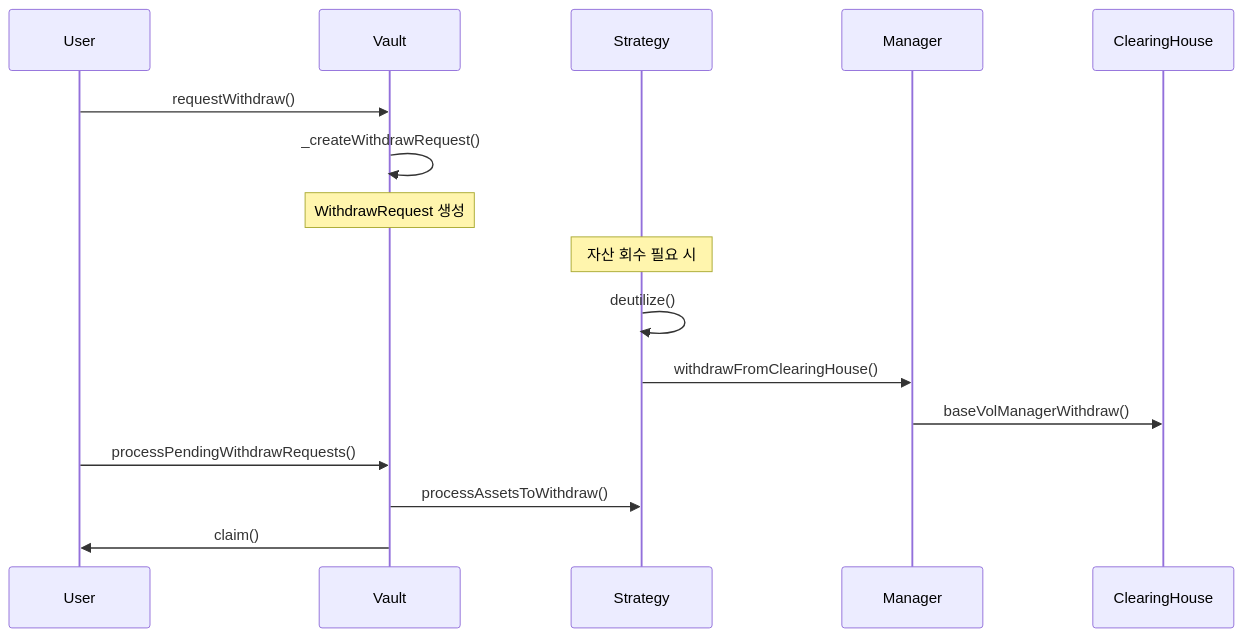
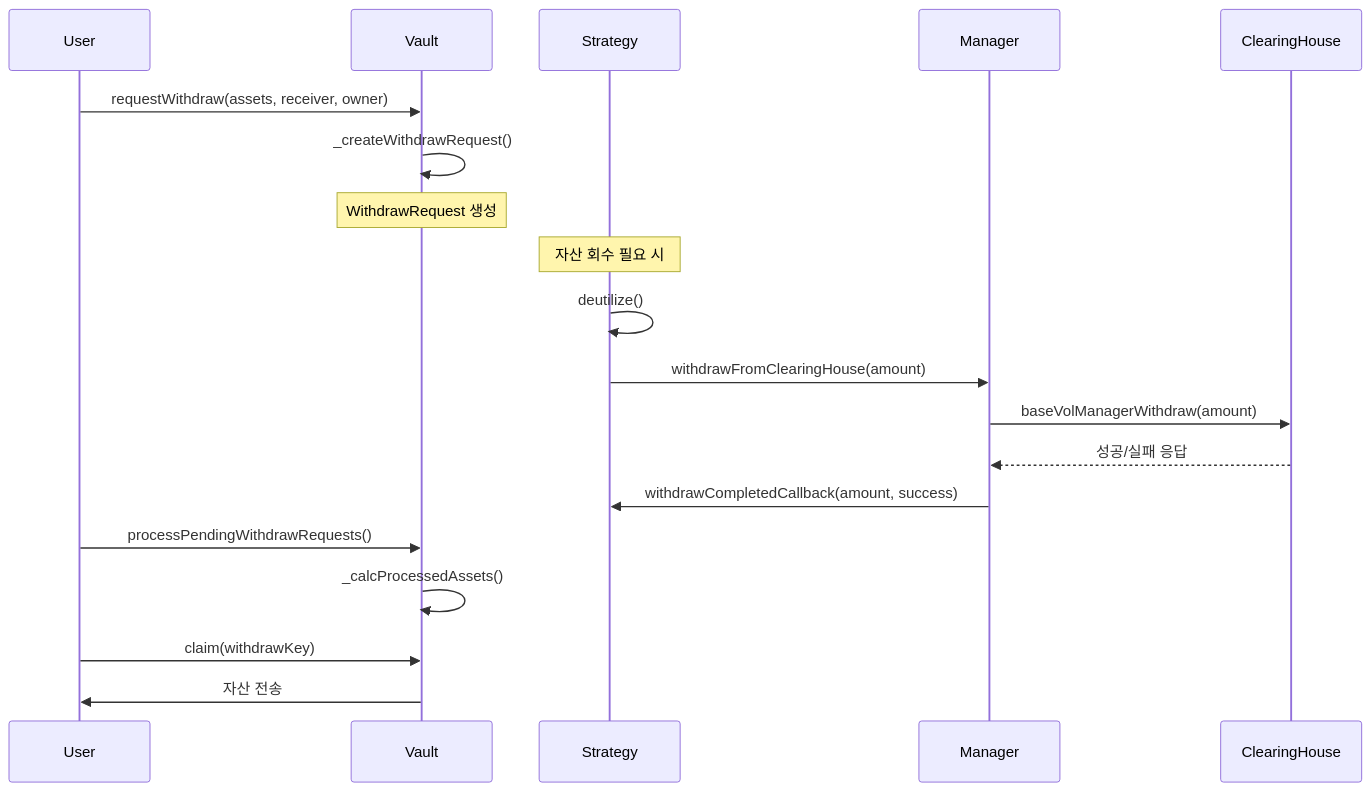
Before and after one commit to stvol-official/basevol-contract: the fifth of 8 diagrams in contracts/core/vault/genesisvault.md, drawn with Mermaid. The commit also changed other lines of this file and 26 other files, not shown here.

````diff
--- a/contracts/core/vault/genesisvault.md
+++ b/contracts/core/vault/genesisvault.md
@@ -202,21 +189,24 @@
 ```mermaid
 sequenceDiagram
     participant User
     participant Vault
     participant Strategy
     participant Manager
     participant ClearingHouse
 
-    User->>Vault: requestWithdraw()
+    User->>Vault: requestWithdraw(assets, receiver, owner)
     Vault->>Vault: _createWithdrawRequest()
     Note over Vault: WithdrawRequest 생성
 
     Note over Strategy: 자산 회수 필요 시
     Strategy->>Strategy: deutilize()
-    Strategy->>Manager: withdrawFromClearingHouse()
-    Manager->>ClearingHouse: baseVolManagerWithdraw()
+    Strategy->>Manager: withdrawFromClearingHouse(amount)
+    Manager->>ClearingHouse: baseVolManagerWithdraw(amount)
+    ClearingHouse-->>Manager: 성공/실패 응답
+    Manager->>Strategy: withdrawCompletedCallback(amount, success)
 
     User->>Vault: processPendingWithdrawRequests()
-    Vault->>Strategy: processAssetsToWithdraw()
-    Vault->>User: claim()
+    Vault->>Vault: _calcProcessedAssets()
+    User->>Vault: claim(withdrawKey)
+    Vault->>User: 자산 전송
 ```
````
